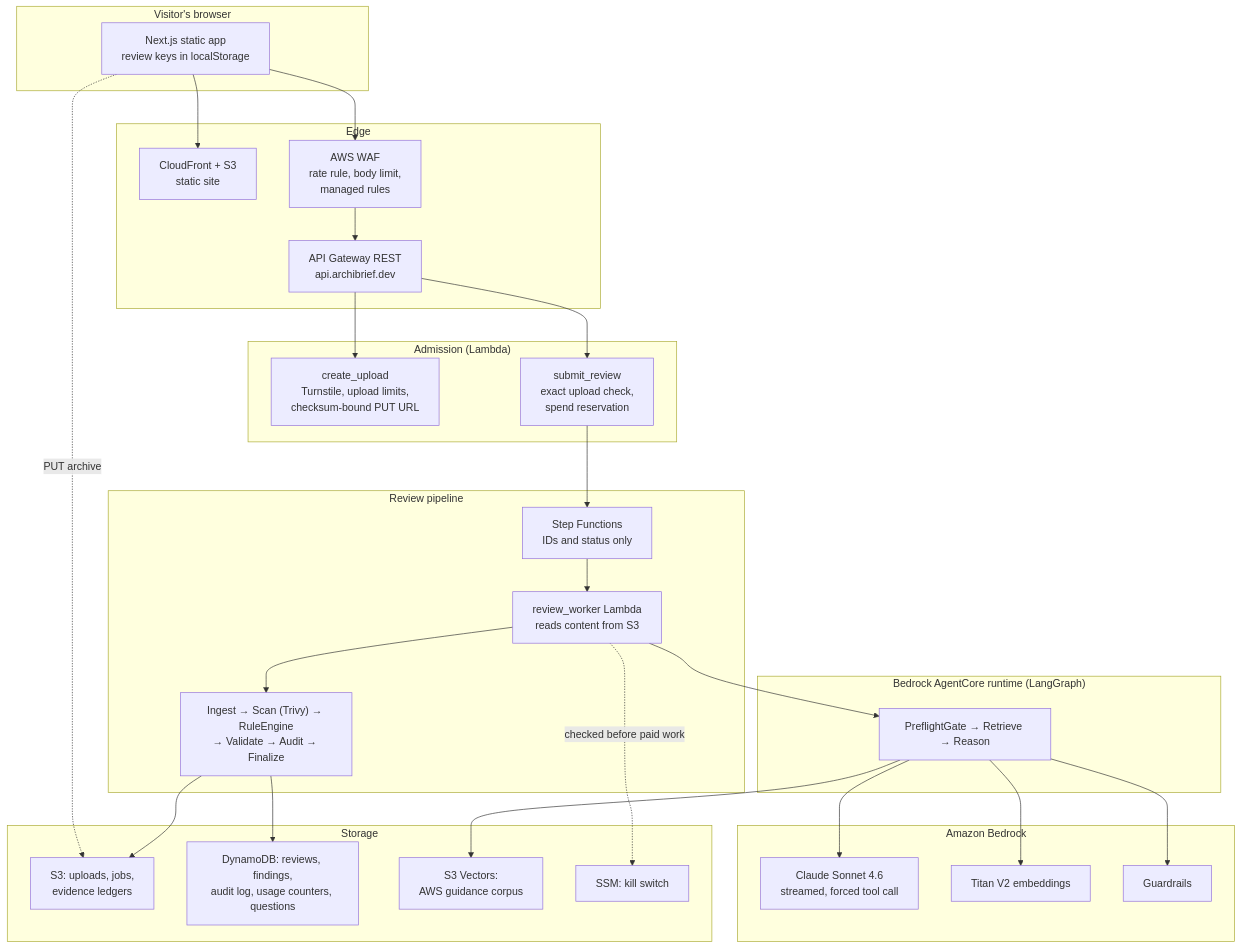
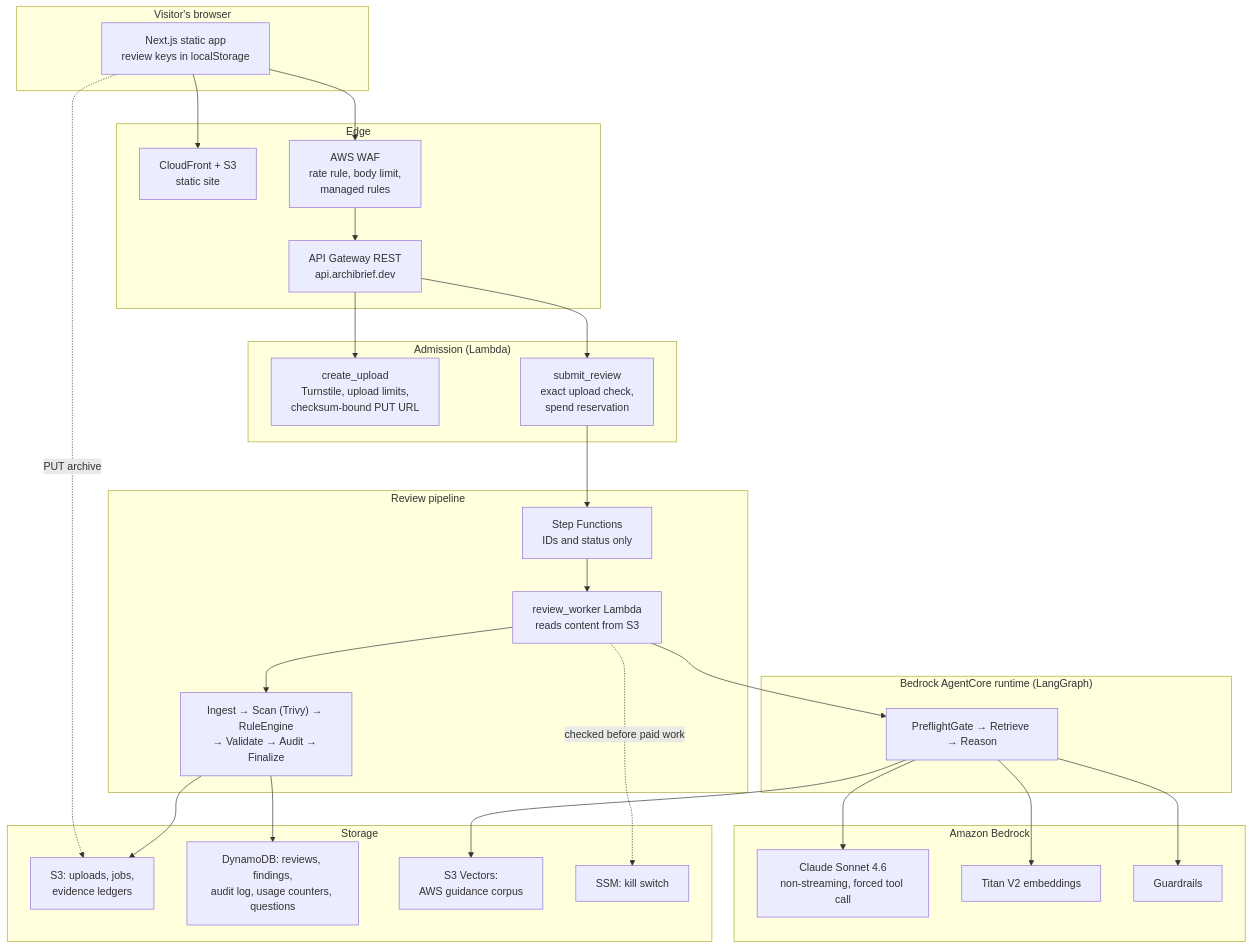
The first of 4 diagrams in docs/system-walkthrough.md (nandohtorres/archibrief), drawn with Mermaid before and after one commit. The commit also changed other lines of this file and 9 other files, not shown here.

````diff
--- a/docs/system-walkthrough.md
+++ b/docs/system-walkthrough.md
@@ -10,55 +10,55 @@
 ```mermaid
 flowchart TB
     subgraph Browser["Visitor's browser"]
         UI["Next.js static app<br/>review keys in localStorage"]
     end
 
     subgraph Edge["Edge"]
         CF["CloudFront + S3<br/>static site"]
         WAF["AWS WAF<br/>rate rule, body limit,<br/>managed rules"]
         API["API Gateway REST<br/>api.archibrief.dev"]
     end
 
     subgraph Admission["Admission (Lambda)"]
         Upload["create_upload<br/>Turnstile, upload limits,<br/>checksum-bound PUT URL"]
         Submit["submit_review<br/>exact upload check,<br/>spend reservation"]
     end
 
     subgraph Pipeline["Review pipeline"]
         SFN["Step Functions<br/>IDs and status only"]
         Worker["review_worker Lambda<br/>reads content from S3"]
         Stages["Ingest → Scan (Trivy) → RuleEngine<br/>→ Validate → Audit → Finalize"]
     end
 
     subgraph Reasoning["Bedrock AgentCore runtime (LangGraph)"]
         Graph["PreflightGate → Retrieve → Reason"]
     end
 
     subgraph Bedrock["Amazon Bedrock"]
-        Claude["Claude Sonnet 4.6<br/>streamed, forced tool call"]
+        Claude["Claude Sonnet 4.6<br/>non-streaming, forced tool call"]
         Titan["Titan V2 embeddings"]
         GR["Guardrails"]
     end
 
     subgraph Stores["Storage"]
         S3["S3: uploads, jobs,<br/>evidence ledgers"]
         DDB["DynamoDB: reviews, findings,<br/>audit log, usage counters, questions"]
         Vec["S3 Vectors:<br/>AWS guidance corpus"]
         SSM["SSM: kill switch"]
     end
 
     UI --> CF
     UI --> WAF --> API
     API --> Upload
     API --> Submit --> SFN --> Worker
     UI -.->|PUT archive| S3
     Worker --> Stages
     Worker --> Graph
     Graph --> Titan
     Graph --> Vec
     Graph --> GR
     Graph --> Claude
     Stages --> S3
     Stages --> DDB
     Worker -.->|checked before paid work| SSM
 ```
````
